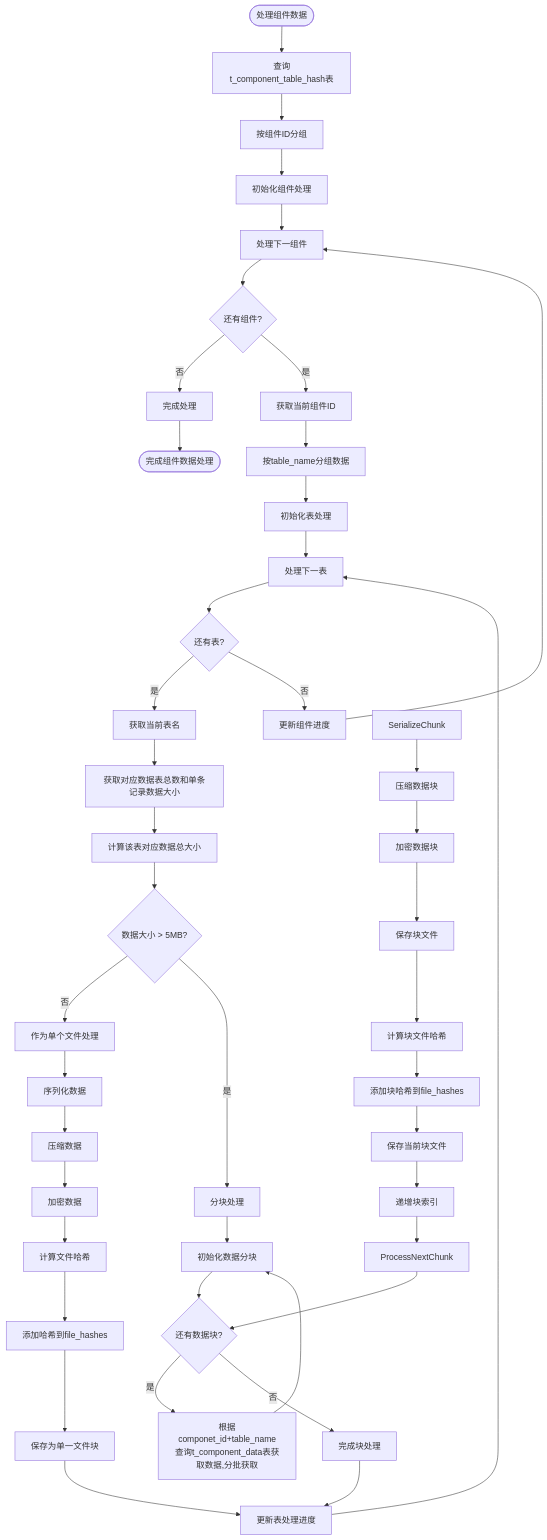
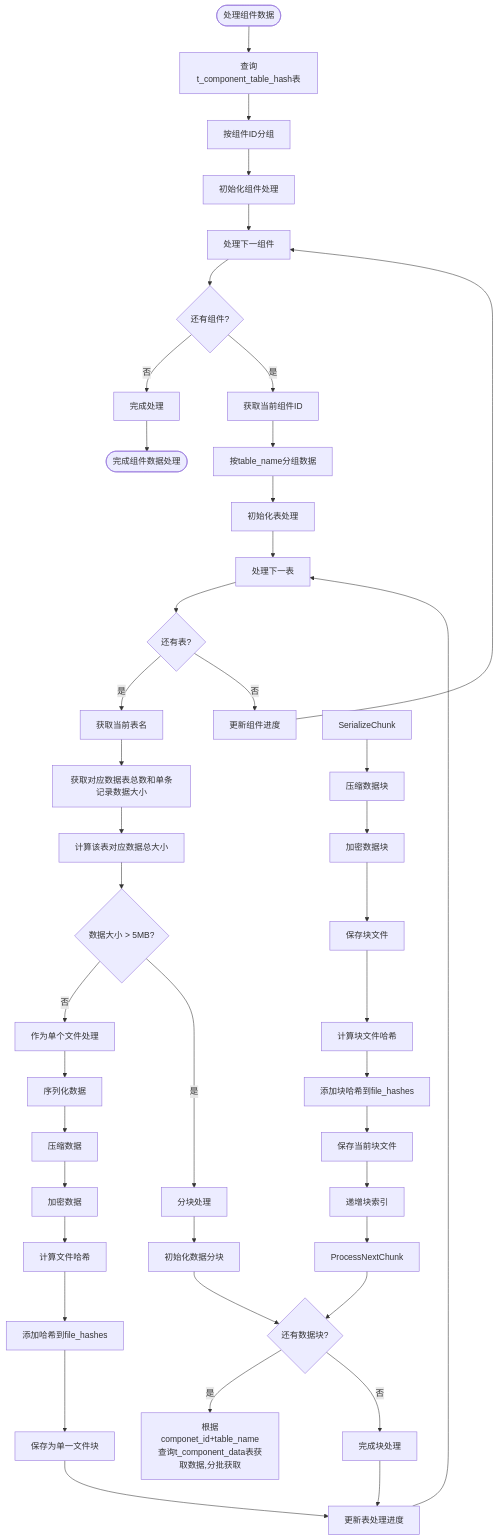
Before and after one commit to yingjianzh/iodraw-files: the diagram in all/未命名-56.md, drawn with Mermaid.

Commit message:
2025-05-12 14:49:16 update

````diff
--- a/all/未命名-56.md
+++ b/all/未命名-56.md
@@ -1,63 +1,61 @@
 ```mermaid
 
 flowchart TD
     Start([处理组件数据]) --> QueryDB[查询t_component_table_hash表]
     QueryDB --> GroupByComp[按组件ID分组]
     GroupByComp --> InitCompProcess[初始化组件处理]
     
     InitCompProcess --> ProcessNextComp[处理下一组件]
     ProcessNextComp --> MoreComps{还有组件?}
     MoreComps -->|否| CompleteProcess[完成处理]
     MoreComps -->|是| GetCompID[获取当前组件ID]
     
     GetCompID --> GroupByTable[按table_name分组数据]
     GroupByTable --> InitTableProcess[初始化表处理]
     
     InitTableProcess --> ProcessNextTable[处理下一表]
     ProcessNextTable --> MoreTables{还有表?}
 
     MoreTables -->|是| GetTableName[获取当前表名]
     MoreTables -->|否| UpdateCompProgress[更新组件进度]
     
     UpdateCompProgress --> ProcessNextComp
     
     GetTableName --> CheckDataSize[获取对应数据表总数和单条记录数据大小]
     CheckDataSize --> TotalSize[计算该表对应数据总大小]
 
     TotalSize --> DataSize{数据大小 > 5MB?}
    
     DataSize -->|否| ProcessSingleFile[作为单个文件处理]
     DataSize -->|是| ProcessMultipleChunks[分块处理]
 
     ProcessMultipleChunks --> InitChunks[初始化数据分块]
     InitChunks --> MoreChunks{还有数据块?}
     MoreChunks -->|是| QueryTableData[根据componet_id+table_name查询t_component_data表获取数据,分批获取]
     
     ProcessSingleFile --> SerializeData[序列化数据]
     SerializeData --> CompressData[压缩数据]
     CompressData --> EncryptData[加密数据]
     EncryptData --> CalcFileHash[计算文件哈希]
     CalcFileHash --> AddToFileHashes[添加哈希到file_hashes]
     AddToFileHashes --> SaveSingleFile[保存为单一文件块]
     SaveSingleFile --> UpdateTableProgress[更新表处理进度]
-
-    QueryTableData --> InitChunks[初始化数据分块]
     
     ProcessNextChunk --> MoreChunks{还有数据块?}
     MoreChunks -->|否| CompleteChunks[完成块处理]
 
     SerializeChunk --> CompressChunk[压缩数据块]
     CompressChunk --> EncryptChunk[加密数据块]
     EncryptChunk --> SaveChunkFile[保存块文件]
     SaveChunkFile --> CalcChunkHash[计算块文件哈希]
     CalcChunkHash --> AddChunkHash[添加块哈希到file_hashes]
     AddChunkHash --> SaveCurrentData[保存当前块文件]
     SaveCurrentData --> IncrementChunkIndex[递增块索引]
     IncrementChunkIndex --> ProcessNextChunk
     
     CompleteChunks --> UpdateTableProgress
     UpdateTableProgress --> ProcessNextTable
     
     CompleteProcess --> End([完成组件数据处理])
 
 ```
````
